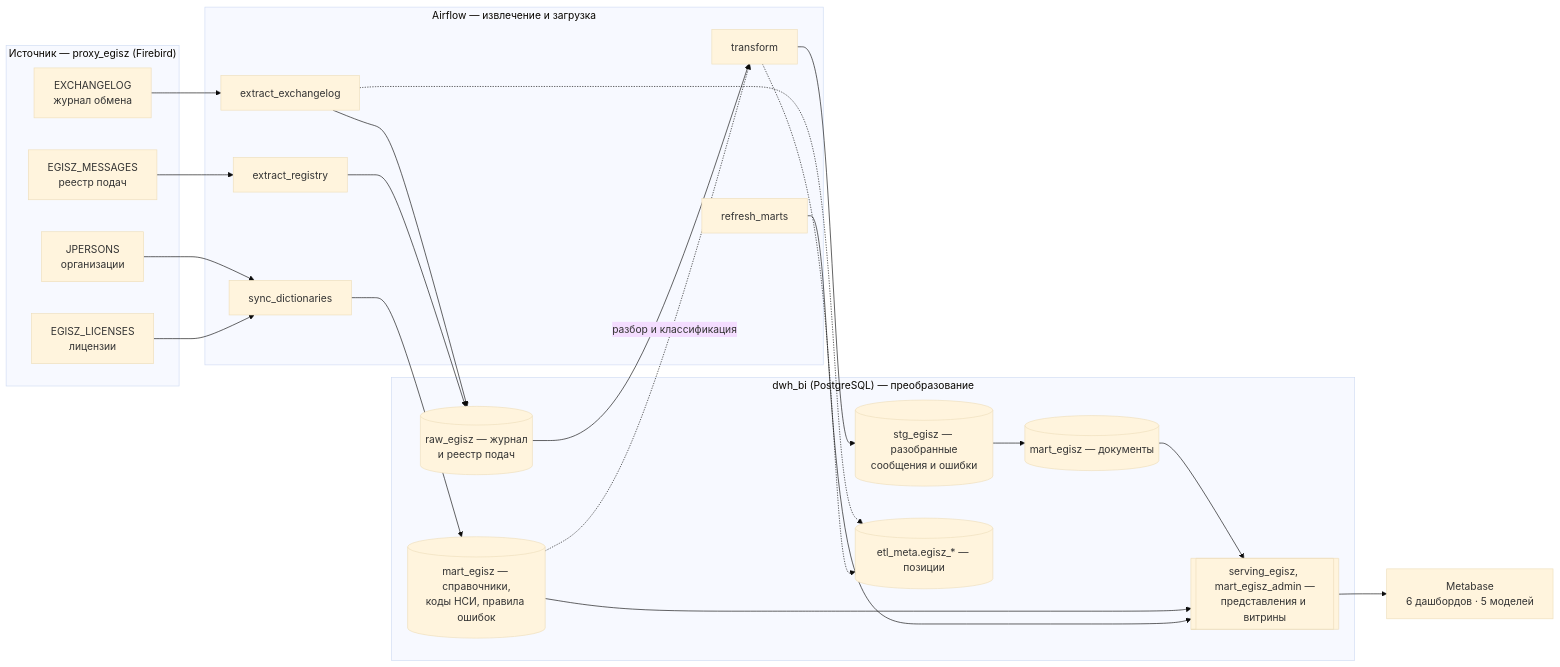
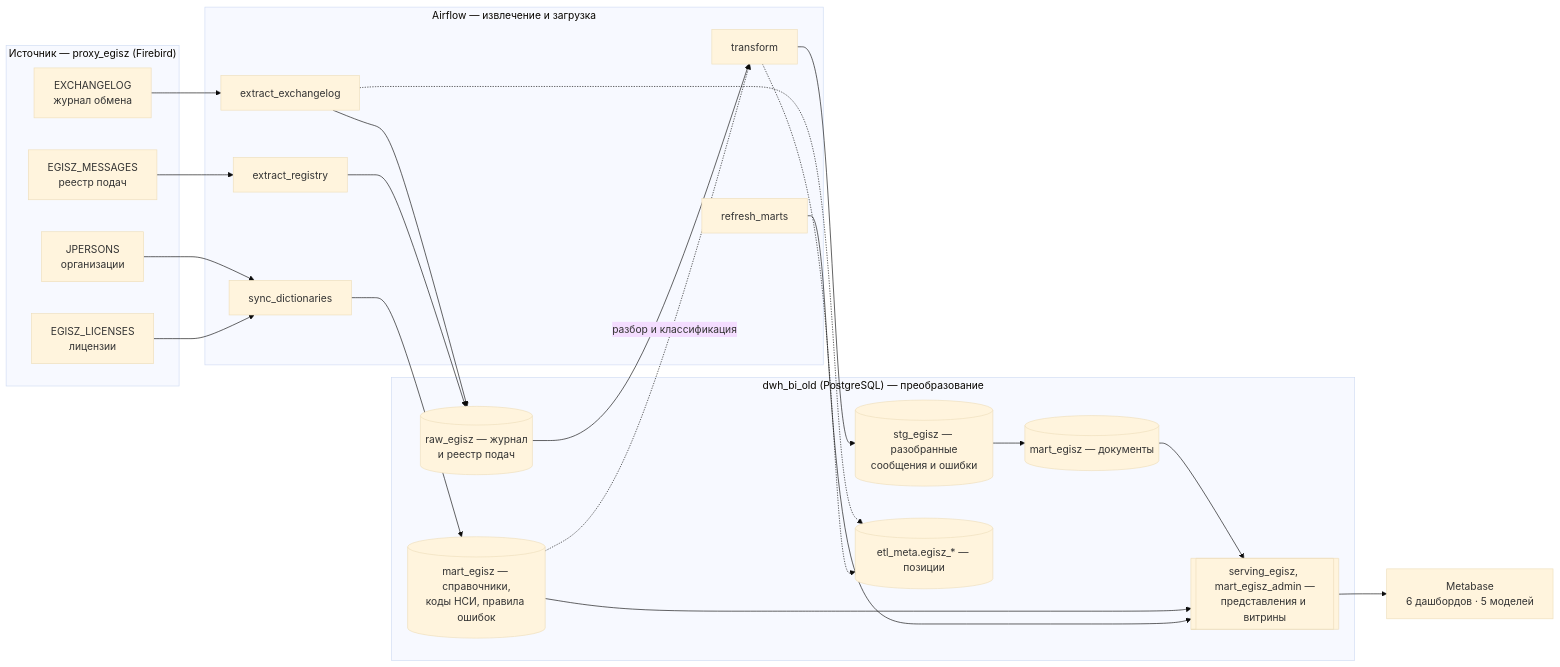
The second of 6 diagrams in README.md (asaf1n/EGISZ-Proxy-Reports-Airflow), drawn with Mermaid (base theme) before and after one commit. The commit also changed other lines of this file and 14 other files, not shown here.

Commit message:
Имя БД DWH проекта — dwh_bi_old во всех настройках, скриптах и документации

````diff
--- a/README.md
+++ b/README.md
@@ -94,41 +94,41 @@
 ```mermaid
 flowchart LR
     subgraph SRC["Источник — proxy_egisz (Firebird)"]
         EL[EXCHANGELOG<br/>журнал обмена]
         EM[EGISZ_MESSAGES<br/>реестр подач]
         JP[JPERSONS<br/>организации]
         LIC[EGISZ_LICENSES<br/>лицензии]
     end
 
     subgraph AF["Airflow — извлечение и загрузка"]
         T1[extract_exchangelog]
         T2[extract_registry]
         T3[sync_dictionaries]
         T4[transform]
         T5[refresh_marts]
     end
 
-    subgraph DWH["dwh_bi (PostgreSQL) — преобразование"]
+    subgraph DWH["dwh_bi_old (PostgreSQL) — преобразование"]
         RAW[(raw_egisz — журнал<br/>и реестр подач)]
         TX[(stg_egisz — разобранные<br/>сообщения и ошибки)]
         DOC[(mart_egisz — документы)]
         DIM[(mart_egisz — справочники,<br/>коды НСИ, правила ошибок)]
         RPT[[serving_egisz, mart_egisz_admin —<br/>представления и витрины]]
         ST[(etl_meta.egisz_* — позиции)]
     end
 
     MB[Metabase<br/>6 дашбордов · 5 моделей]
 
     EL --> T1 --> RAW
     EM --> T2 --> RAW
     JP --> T3 --> DIM
     LIC --> T3
     RAW --> T4 --> TX --> DOC
     DIM -. разбор и классификация .-> T4
     DOC --> RPT
     DIM --> RPT
     T5 --> RPT
     RPT --> MB
     T1 -.-> ST
     T4 -.-> ST
 ```
````
